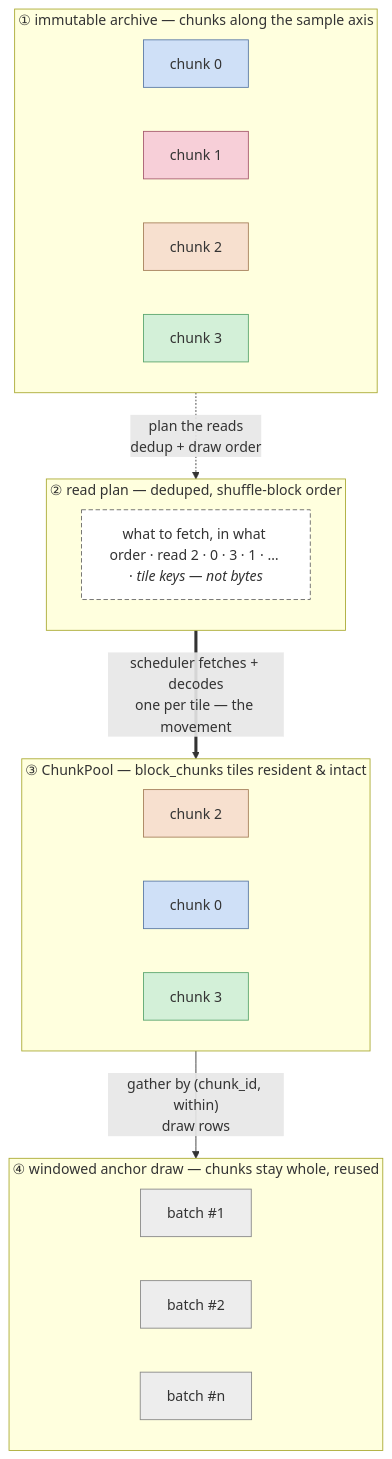
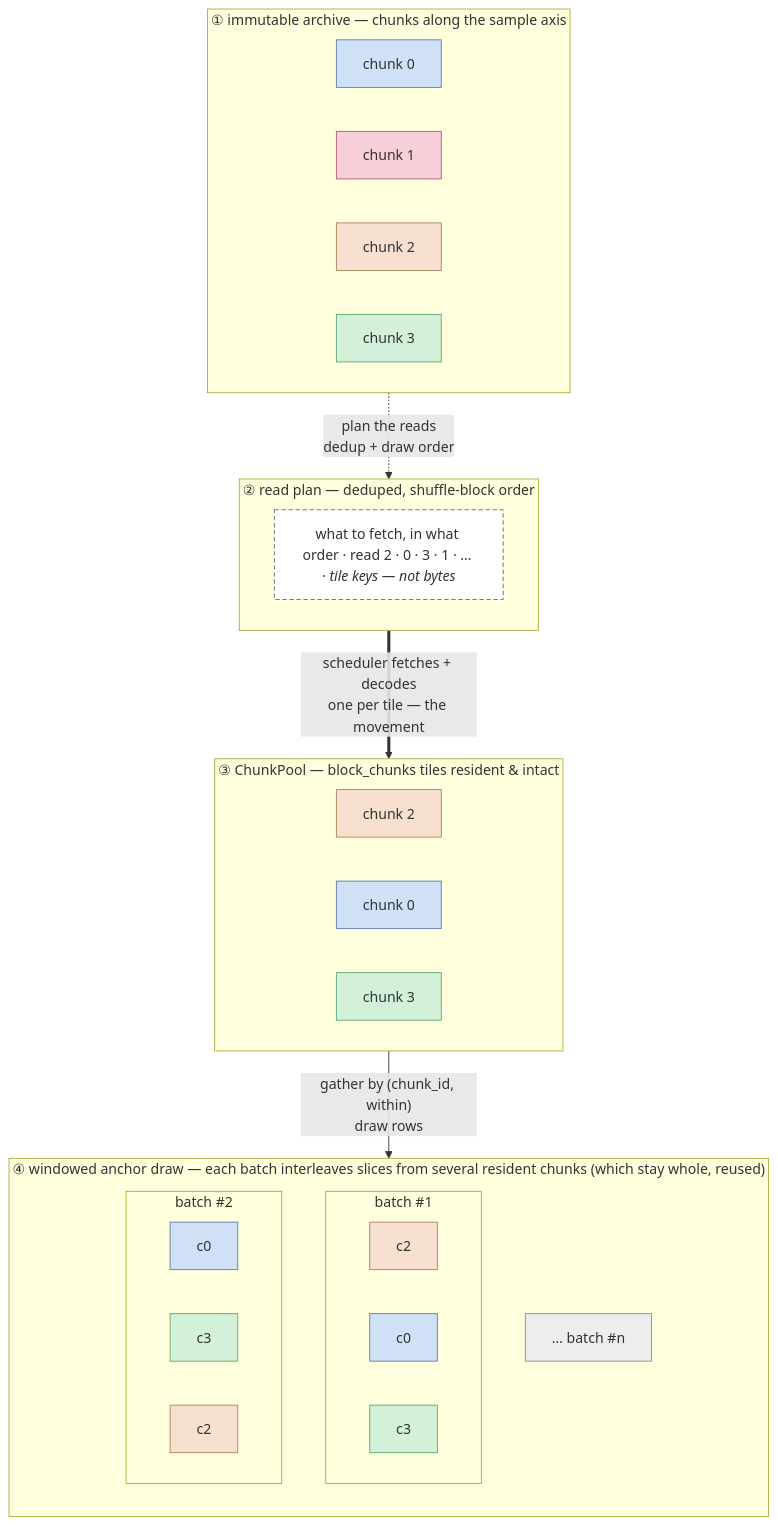
The diagram in DESIGN.md (emfdavid/insitubatch), drawn with Mermaid before and after one commit. The commit also changed other lines of this file, not shown here.

Commit message:
docs: show batches as colour-coded slices from multiple chunks (à la Fig 1C)
Stage ④ now renders each batch as a row of colour-coded slice nodes, one
per source chunk (same colours as the resident pool in ③) — mirroring
annbatch Fig 1C's striped mini-batches. The contrast: our chunk boxes
stay whole in ③ and feed many batches, rather than ceasing to exist.

````diff
--- a/DESIGN.md
+++ b/DESIGN.md
@@ -285,35 +288,45 @@
 ```mermaid
 flowchart TB
     subgraph S1["① immutable archive — chunks along the sample axis"]
         direction LR
         A0["chunk 0"]:::cA
         A1["chunk 1"]:::cB
         A2["chunk 2"]:::cC
         A3["chunk 3"]:::cD
     end
     subgraph S2["② read plan — deduped, shuffle-block order"]
         direction LR
         P["what to fetch, in what order · read 2 · 0 · 3 · 1 · … · <i>tile keys — not bytes</i>"]:::plan
     end
     subgraph S3["③ ChunkPool — block_chunks tiles resident &amp; intact"]
         direction LR
         R2["chunk 2"]:::cC
         R0["chunk 0"]:::cA
         R3["chunk 3"]:::cD
     end
-    subgraph S4["④ windowed anchor draw — chunks stay whole, reused"]
-        direction LR
-        D1["batch #1"]:::batch
-        D2["batch #2"]:::batch
-        Dn["batch #n"]:::batch
+    subgraph S4["④ windowed anchor draw — each batch interleaves slices from several resident chunks (which stay whole, reused)"]
+        direction TB
+        subgraph B1["batch #1"]
+            direction LR
+            b1a["c2"]:::cC
+            b1b["c0"]:::cA
+            b1c["c3"]:::cD
+        end
+        subgraph B2["batch #2"]
+            direction LR
+            b2a["c0"]:::cA
+            b2b["c3"]:::cD
+            b2c["c2"]:::cC
+        end
+        Bn["… batch #n"]:::batch
     end
     S1 -.->|"plan the reads<br/>dedup + draw order"| S2
     S2 ==>|"scheduler fetches + decodes<br/>one per tile — the movement"| S3
     S3 -->|"gather by (chunk_id, within)<br/>draw rows"| S4
     classDef cA fill:#cfe0f7,stroke:#5b7aa6;
     classDef cB fill:#f7cfd8,stroke:#a65b6e;
     classDef cC fill:#f7e0cf,stroke:#a6805b;
     classDef cD fill:#d3f0d8,stroke:#5ba66e;
     classDef plan fill:#ffffff,stroke:#666,stroke-dasharray:5 3,color:#333;
     classDef batch fill:#ededed,stroke:#888;
 ```
````
